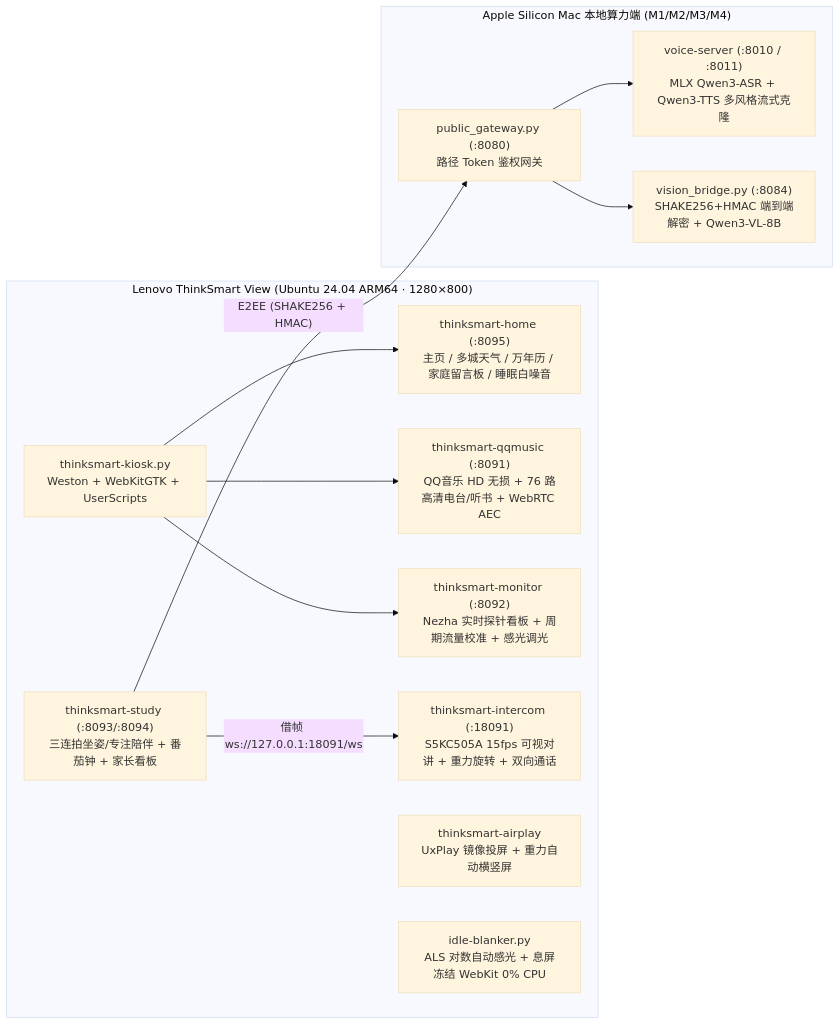
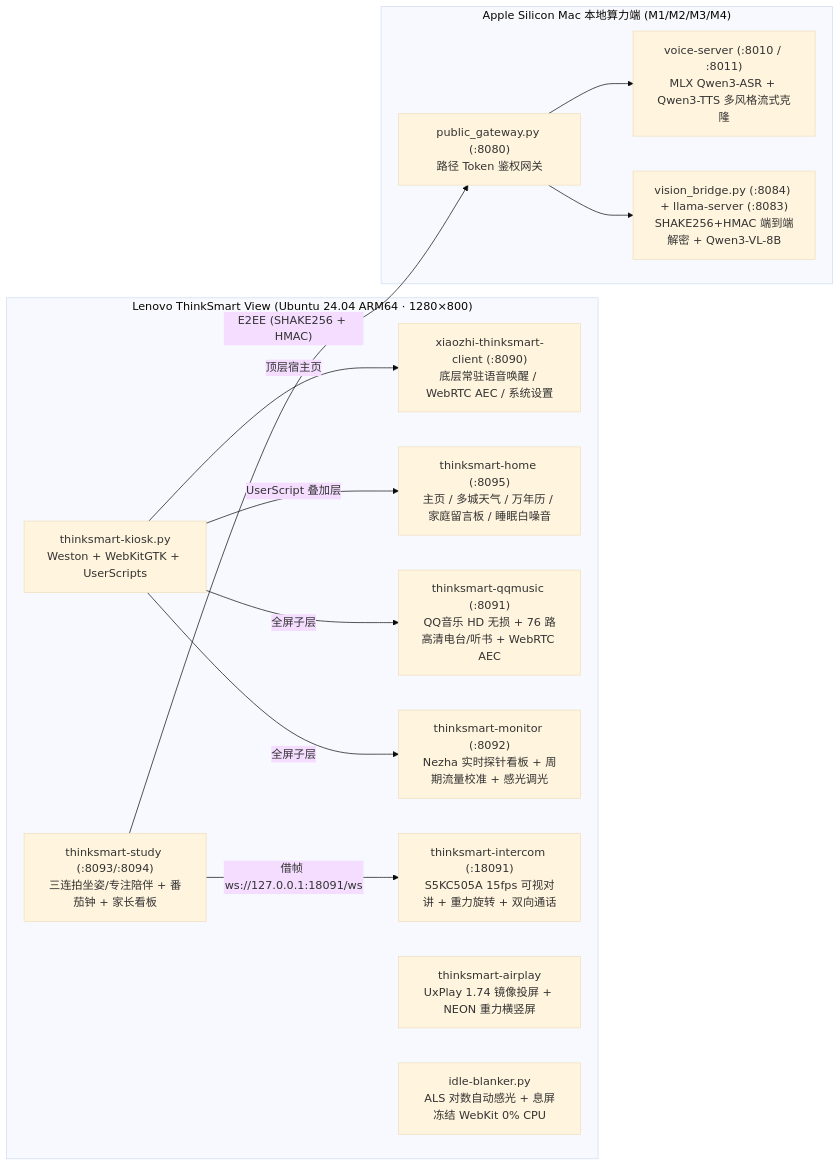
One commit to Hmmmmmmmmmm/thinksmart-view changed the diagram in README.md. Above: the diagram before and after it, drawn with Mermaid (base theme). The commit also changed other lines of this file and 18 other files, not shown here.

````diff
--- a/README.md
+++ b/README.md
@@ -27,27 +27,29 @@
 ```mermaid
 flowchart LR
     subgraph Device["Lenovo ThinkSmart View (Ubuntu 24.04 ARM64 · 1280×800)"]
         Kiosk["thinksmart-kiosk.py<br/>Weston + WebKitGTK + UserScripts"]
+        XZ["xiaozhi-thinksmart-client (:8090)<br/>底层常驻语音唤醒 / WebRTC AEC / 系统设置"]
         Home["thinksmart-home (:8095)<br/>主页 / 多城天气 / 万年历 / 家庭留言板 / 睡眠白噪音"]
         Music["thinksmart-qqmusic (:8091)<br/>QQ音乐 HD 无损 + 76 路高清电台/听书 + WebRTC AEC"]
         Monitor["thinksmart-monitor (:8092)<br/>Nezha 实时探针看板 + 周期流量校准 + 感光调光"]
         Intercom["thinksmart-intercom (:18091)<br/>S5KC505A 15fps 可视对讲 + 重力旋转 + 双向通话"]
         Study["thinksmart-study (:8093/:8094)<br/>三连拍坐姿/专注陪伴 + 番茄钟 + 家长看板"]
-        AirPlay["thinksmart-airplay<br/>UxPlay 镜像投屏 + 重力自动横竖屏"]
+        AirPlay["thinksmart-airplay<br/>UxPlay 1.74 镜像投屏 + NEON 重力横竖屏"]
         Blanker["idle-blanker.py<br/>ALS 对数自动感光 + 息屏冻结 WebKit 0% CPU"]
     end
 
     subgraph Mac["Apple Silicon Mac 本地算力端 (M1/M2/M3/M4)"]
         Gateway["public_gateway.py (:8080)<br/>路径 Token 鉴权网关"]
         Voice["voice-server (:8010 / :8011)<br/>MLX Qwen3-ASR + Qwen3-TTS 多风格流式克隆"]
-        Vision["vision_bridge.py (:8084)<br/>SHAKE256+HMAC 端到端解密 + Qwen3-VL-8B"]
+        Vision["vision_bridge.py (:8084) + llama-server (:8083)<br/>SHAKE256+HMAC 端到端解密 + Qwen3-VL-8B"]
     end
 
-    Kiosk --> Home
-    Kiosk --> Music
-    Kiosk --> Monitor
+    Kiosk -->|"顶层宿主页"| XZ
+    Kiosk -->|"UserScript 叠加层"| Home
+    Kiosk -->|"全屏子层"| Music
+    Kiosk -->|"全屏子层"| Monitor
     Study -->|"借帧 ws://127.0.0.1:18091/ws"| Intercom
     Study -->|"E2EE (SHAKE256 + HMAC)"| Gateway
     Gateway --> Vision
     Gateway --> Voice
 ```
````
